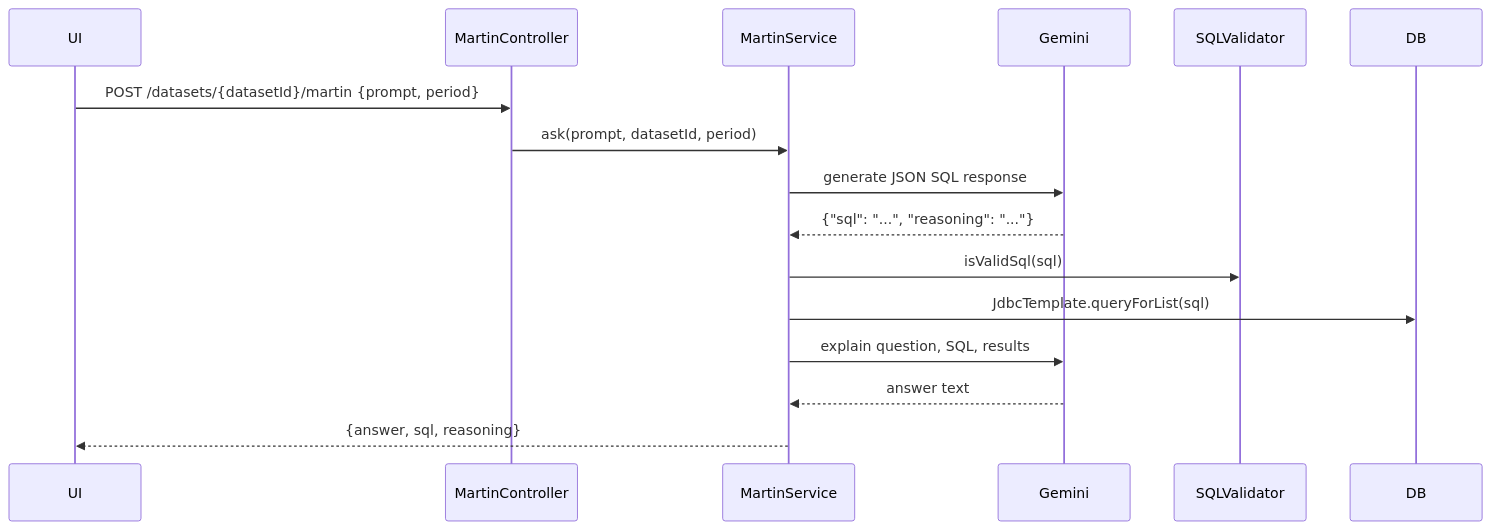
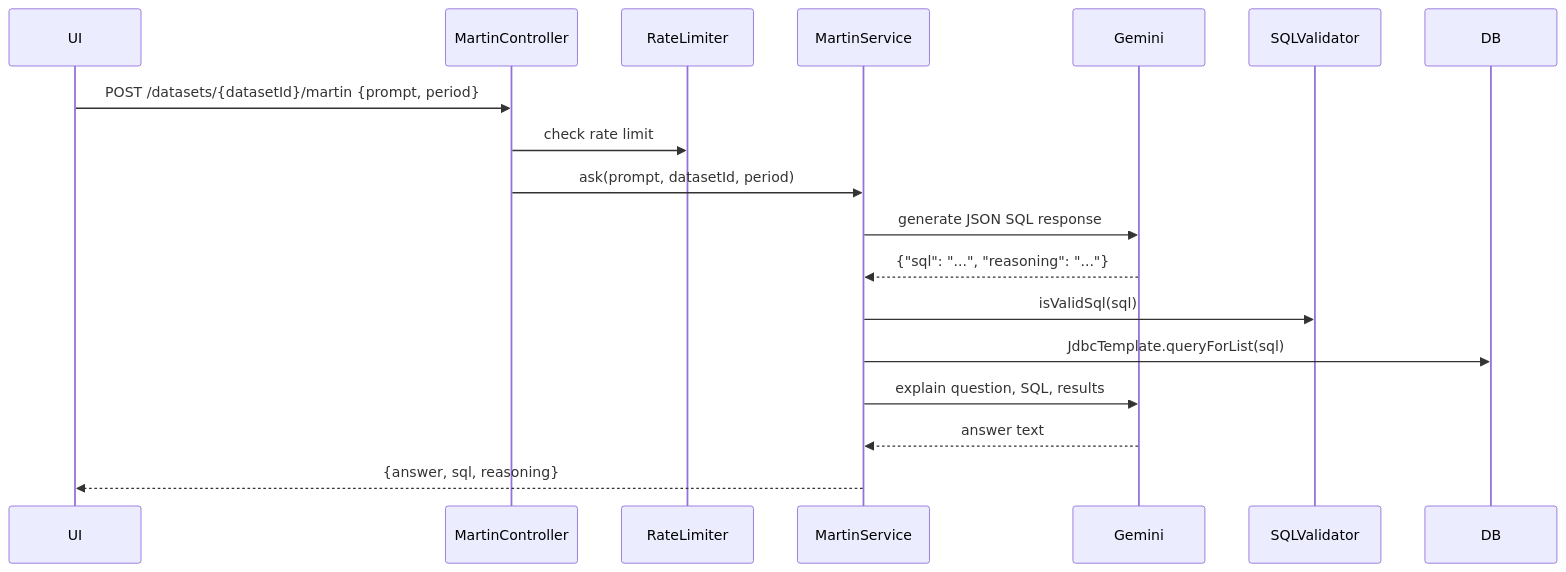
The fifth of 5 diagrams in docs/product-system-documentation.md (jawadazeem/Project-ETL), drawn with Mermaid before and after one commit. The commit also changed other lines of this file and 2 other files, not shown here.

````diff
--- a/docs/product-system-documentation.md
+++ b/docs/product-system-documentation.md
@@ -490,18 +592,20 @@
 ```mermaid
 sequenceDiagram
     participant UI
     participant MartinController
+    participant RateLimiter
     participant MartinService
     participant Gemini
     participant SQLValidator
     participant DB
     UI->>MartinController: POST /datasets/{datasetId}/martin {prompt, period}
+    MartinController->>RateLimiter: check rate limit
     MartinController->>MartinService: ask(prompt, datasetId, period)
     MartinService->>Gemini: generate JSON SQL response
     Gemini-->>MartinService: {"sql": "...", "reasoning": "..."}
     MartinService->>SQLValidator: isValidSql(sql)
     MartinService->>DB: JdbcTemplate.queryForList(sql)
     MartinService->>Gemini: explain question, SQL, results
     Gemini-->>MartinService: answer text
     MartinService-->>UI: {answer, sql, reasoning}
 ```
````
